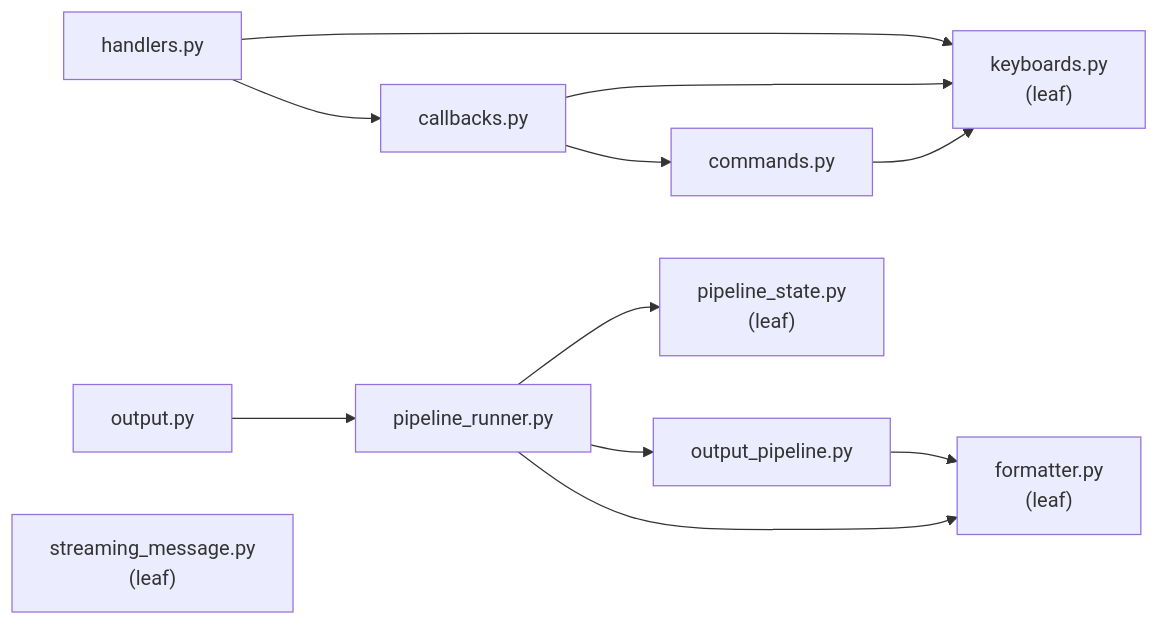
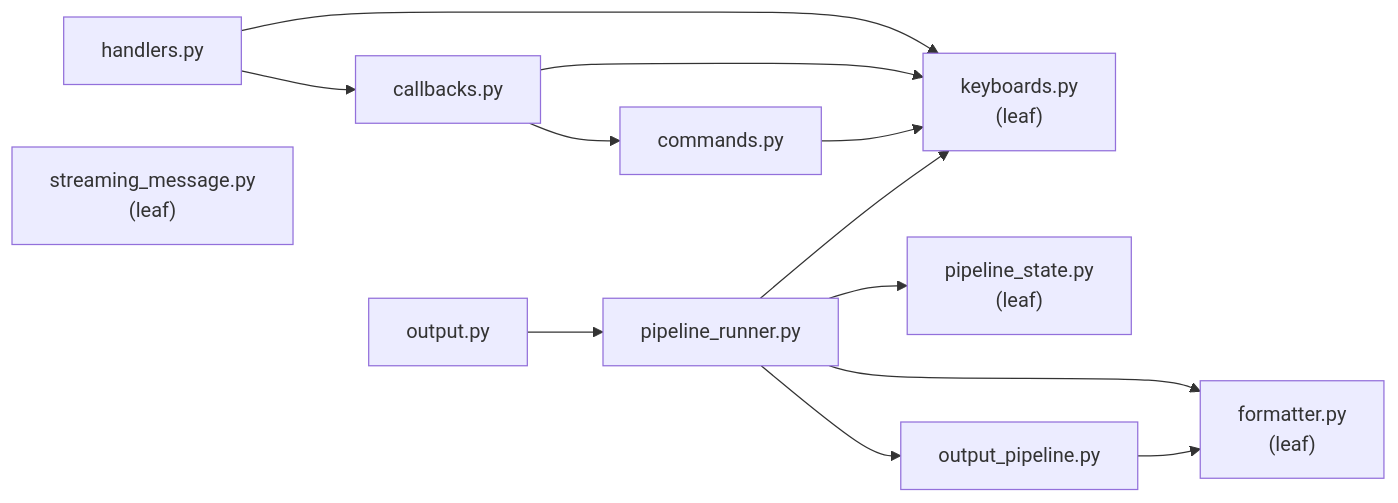
Before and after one commit to LounisBou/claude-code-telegram-instances-manager: the diagram in src/telegram/README.md, drawn with Mermaid. The commit also changed 6 other files, not shown here.

````diff
--- a/src/telegram/README.md
+++ b/src/telegram/README.md
@@ -22,17 +22,18 @@
 ```mermaid
 graph LR
     keyboards["keyboards.py<br/>(leaf)"]
     formatter["formatter.py<br/>(leaf)"]
     handlers["handlers.py"] --> keyboards
     handlers --> callbacks
     callbacks["callbacks.py"] --> keyboards
     callbacks --> commands
     commands["commands.py"] --> keyboards
     output["output.py"] --> pipeline_runner
     pipeline_runner["pipeline_runner.py"] --> pipeline_state
     pipeline_runner --> output_pipeline
     pipeline_runner --> formatter
+    pipeline_runner --> keyboards
     pipeline_state["pipeline_state.py<br/>(leaf)"]
     output_pipeline["output_pipeline.py"] --> formatter
     streaming_message["streaming_message.py<br/>(leaf)"]
 ```
````
